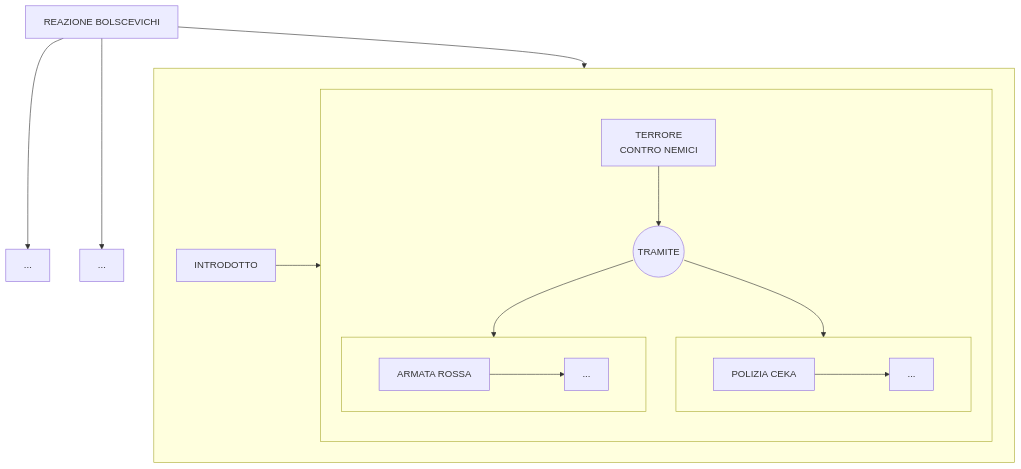
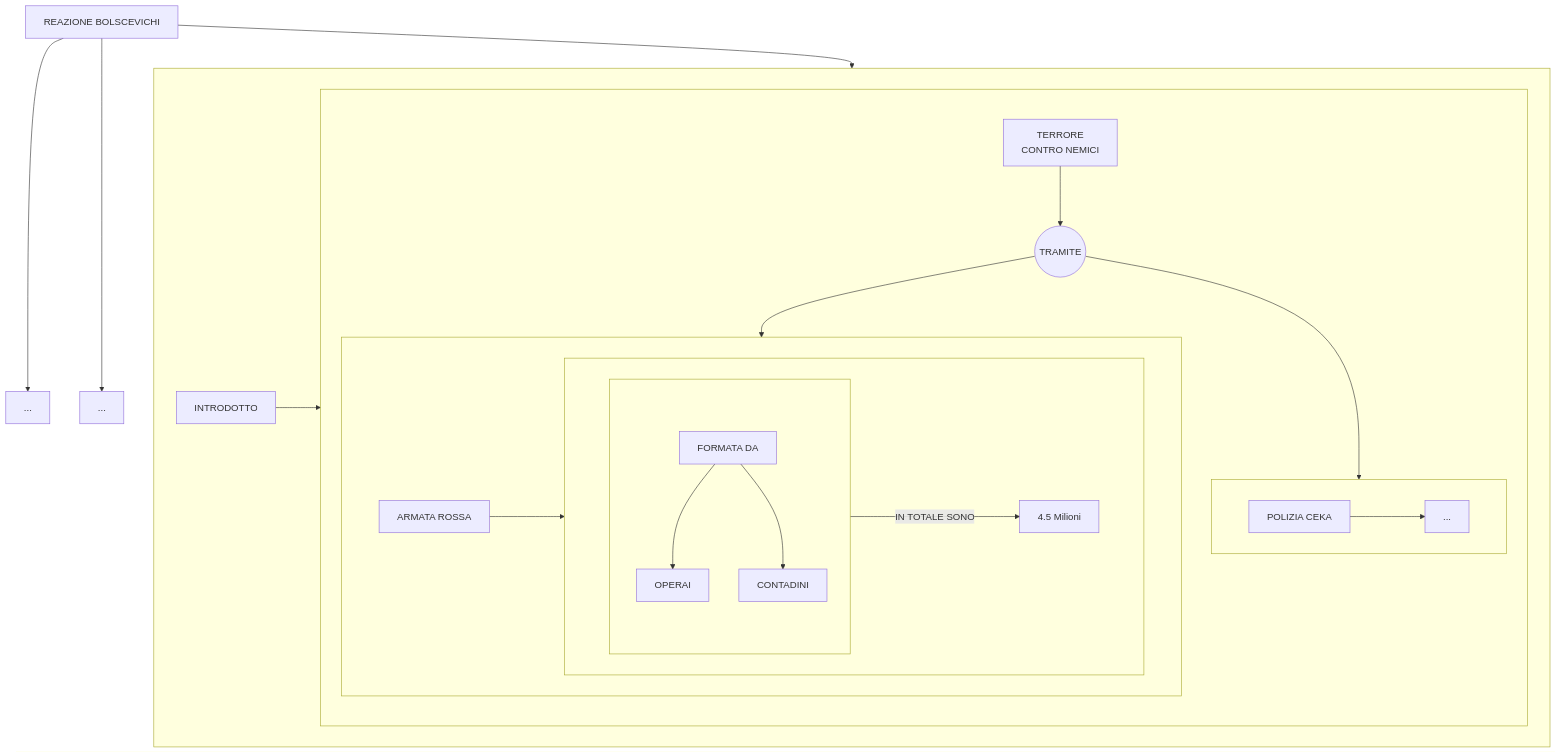
Before and after one commit to Laaouatni/ricerca-storia-MermaidJS: the ninth of 9 diagrams in stalinismo.md, drawn with Mermaid.

````diff
--- a/stalinismo.md
+++ b/stalinismo.md
@@ -422,26 +422,35 @@
 ```mermaid
 flowchart TB
     0[REAZIONE BOLSCEVICHI]
     1[...]
     2[...]
     subgraph 3[" "]
         30[INTRODOTTO]
         subgraph 31[" "]
             310[TERRORE <BR> CONTRO NEMICI]
             311((TRAMITE))
             subgraph 314[" "]
                 312[ARMATA ROSSA]
-                3120[...]
-                312 --> 3120
+                subgraph 41[" "]
+                    subgraph 4[" "]
+                        40[FORMATA DA]
+                        400[OPERAI]
+                        401[CONTADINI]
+                        40 --> 400 & 401
+                    end
+                    410[4.5 Milioni]
+                    4 -->|IN TOTALE SONO| 410
+                end
+                312 --> 41
             end
             subgraph 315[" "]
                 313[POLIZIA CEKA]
                 3130[...]
                 313 --> 3130
             end
             310 --> 311 --> 314 & 315
         end
         30 --> 31
     end
     0 --> 1 & 2 & 3
 ```
````
